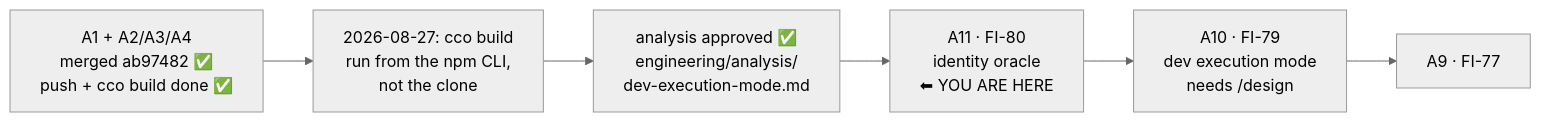
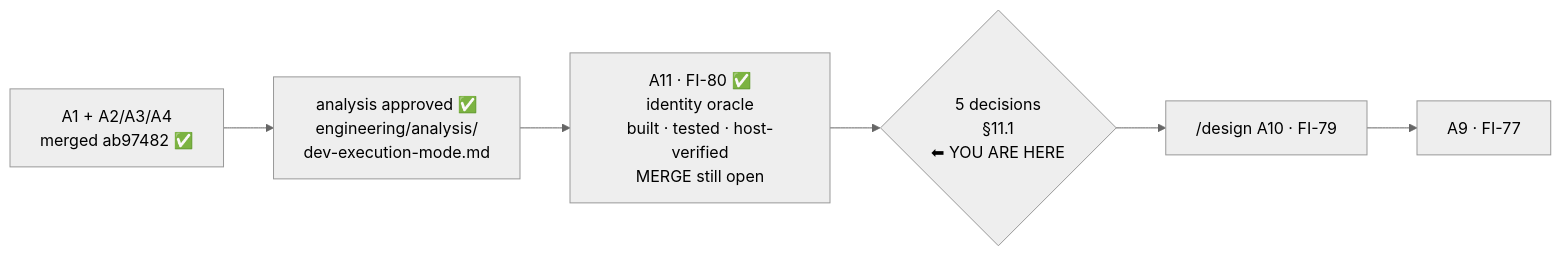
One commit to alergyonthestage/claude-orchestrator changed the diagram in docs/maintainers/handoff.md. Above: the diagram before and after it, drawn with Mermaid (neutral theme). The commit also changed other lines of this file, not shown here.

````diff
--- a/docs/maintainers/handoff.md
+++ b/docs/maintainers/handoff.md
@@ -16,8 +16,8 @@
 ```mermaid
 flowchart LR
-    A1["A1 + A2/A3/A4<br/>merged ab97482 ✅<br/>push + cco build done ✅"] --> INC["2026-08-27: cco build<br/>run from the npm CLI,<br/>not the clone"]
-    INC --> AN["analysis approved ✅<br/>engineering/analysis/<br/>dev-execution-mode.md"]
-    AN --> A11["A11 · FI-80<br/>identity oracle<br/>⬅ YOU ARE HERE"]
-    A11 --> A10["A10 · FI-79<br/>dev execution mode<br/>needs /design"]
-    A10 --> A9["A9 · FI-77"]
+    A1["A1 + A2/A3/A4<br/>merged ab97482 ✅"] --> AN["analysis approved ✅<br/>engineering/analysis/<br/>dev-execution-mode.md"]
+    AN --> A11["A11 · FI-80 ✅<br/>identity oracle<br/>built · tested · host-verified<br/>MERGE still open"]
+    A11 --> DEC{"5 decisions<br/>§11.1<br/>⬅ YOU ARE HERE"}
+    DEC --> DES["/design A10 · FI-79"]
+    DES --> A9["A9 · FI-77"]
 ```
````
